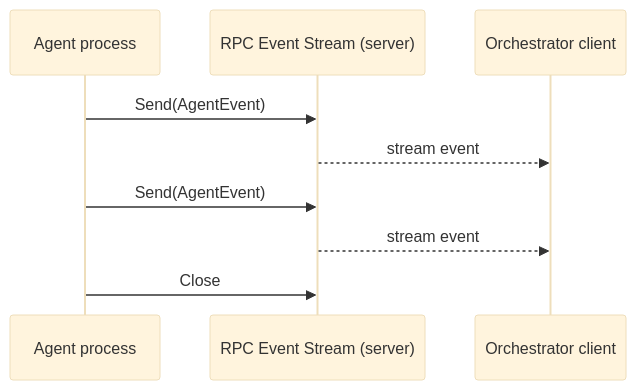
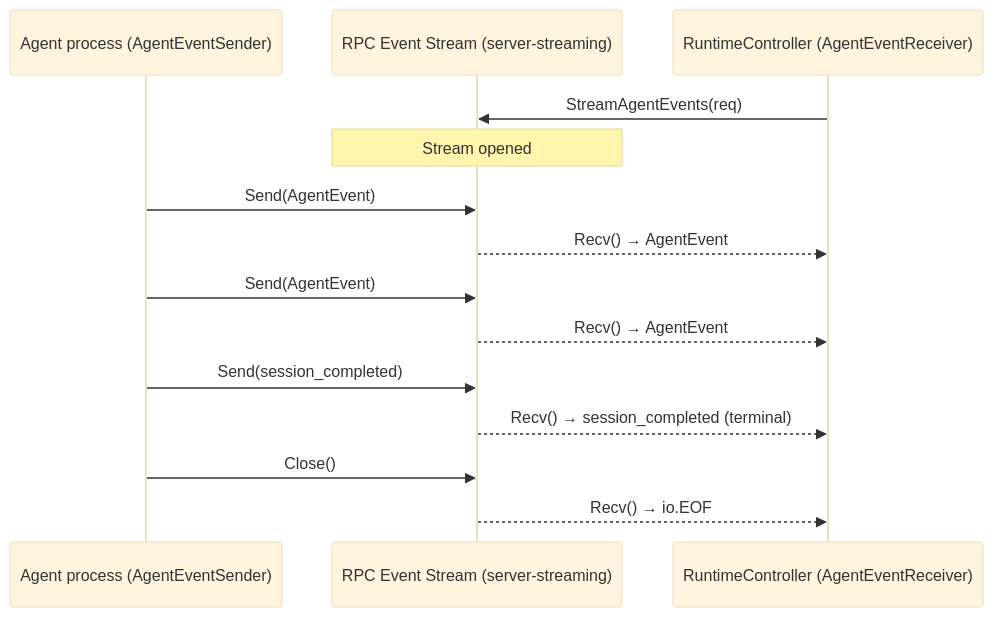
The third of 3 diagrams in docs/plans/13-rpc-layer.md (dcosson/flex-agent-runtime), drawn with Mermaid (base theme) before and after one commit. The commit also changed other lines of this file and 9 other files, not shown here.

````diff
--- a/docs/plans/13-rpc-layer.md
+++ b/docs/plans/13-rpc-layer.md
@@ -85,12 +85,18 @@
 ```mermaid
 sequenceDiagram
-    participant Agent as Agent process
-    participant ES as RPC Event Stream (server)
-    participant Orch as Orchestrator client
+    participant Agent as Agent process (AgentEventSender)
+    participant ES as RPC Event Stream (server-streaming)
+    participant RC as RuntimeController (AgentEventReceiver)
+
+    RC->>ES: StreamAgentEvents(req)
+    Note over ES: Stream opened
 
     Agent->>ES: Send(AgentEvent)
-    ES-->>Orch: stream event
+    ES-->>RC: Recv() → AgentEvent
     Agent->>ES: Send(AgentEvent)
-    ES-->>Orch: stream event
-    Agent->>ES: Close
+    ES-->>RC: Recv() → AgentEvent
+    Agent->>ES: Send(session_completed)
+    ES-->>RC: Recv() → session_completed (terminal)
+    Agent->>ES: Close()
+    ES-->>RC: Recv() → io.EOF
 ```
````
